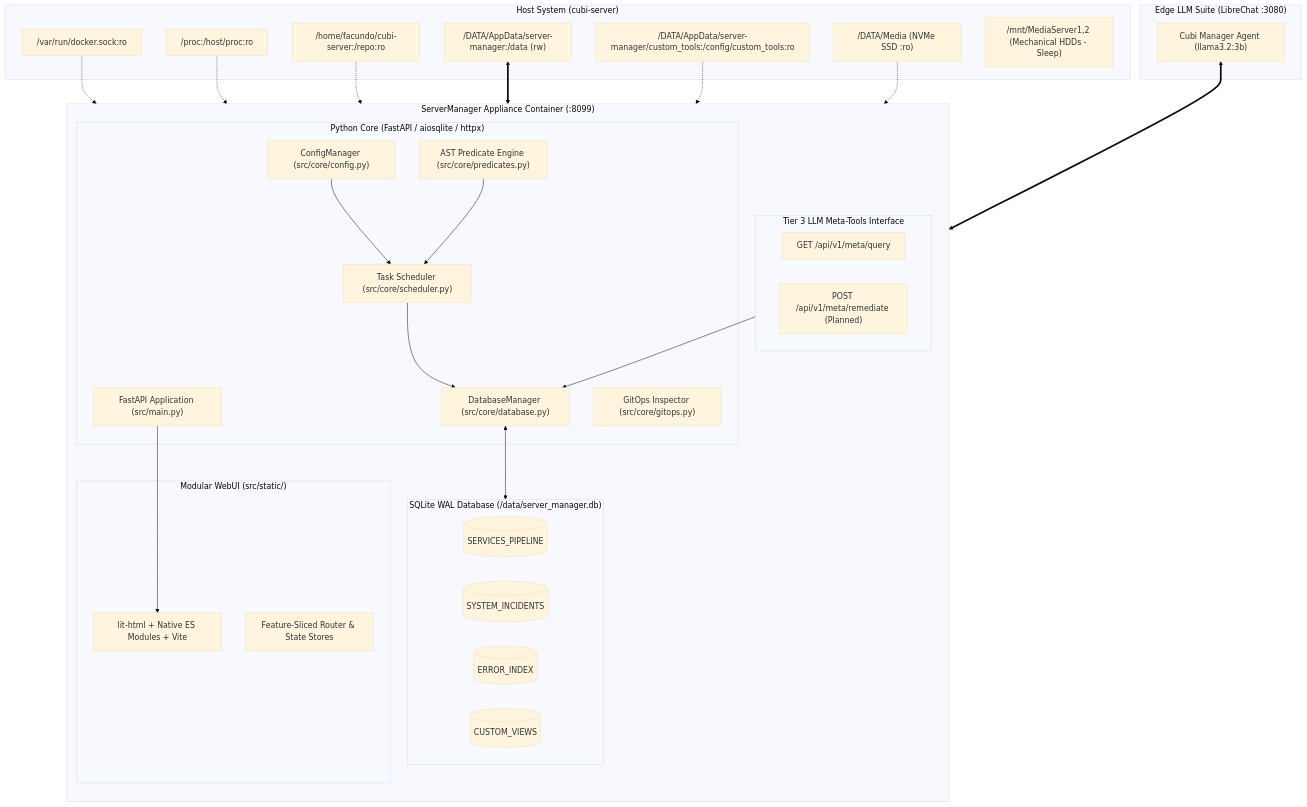
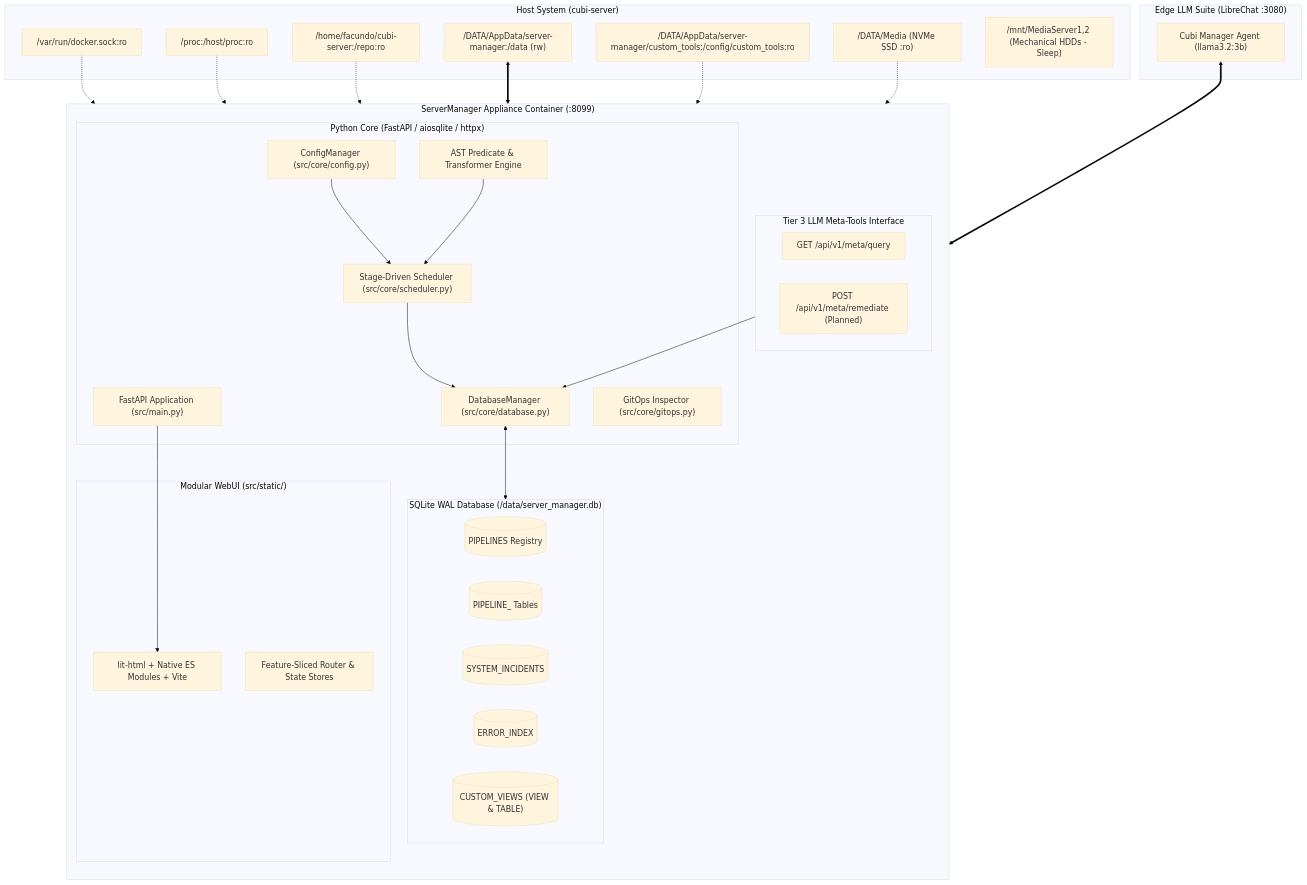
Before and after one commit to Lithry/server-manager: the first of 3 diagrams in docs/ARCHITECTURE.md, drawn with Mermaid (base theme). The commit also changed other lines of this file and 43 other files, not shown here.

Commit message:
feat(pipeline): implement multi-pipeline engine, stage-centric intervals, passive sinks & dual-mode custom tables

````diff
--- a/docs/ARCHITECTURE.md
+++ b/docs/ARCHITECTURE.md
@@ -34,62 +34,63 @@
 ```mermaid
 flowchart TD
     subgraph Host ["Host System (cubi-server)"]
         DOCKER_SOCK["/var/run/docker.sock:ro"]
         PROC_FS["/proc:/host/proc:ro"]
         REPO_DIR["/home/facundo/cubi-server:/repo:ro"]
         APP_DATA["/DATA/AppData/server-manager:/data (rw)"]
         TOOLS_DIR["/DATA/AppData/server-manager/custom_tools:/config/custom_tools:ro"]
         MEDIA_NVME["/DATA/Media (NVMe SSD :ro)"]
         MEDIA_SPIN["/mnt/MediaServer1,2 (Mechanical HDDs - Sleep)"]
     end
 
     subgraph Container ["ServerManager Appliance Container (:8099)"]
         direction TB
         subgraph Core ["Python Core (FastAPI / aiosqlite / httpx)"]
             APP_MAIN["FastAPI Application (src/main.py)"]
             CONFIG_MGR["ConfigManager (src/core/config.py)"]
             DB_MGR["DatabaseManager (src/core/database.py)"]
-            SCHEDULER["Task Scheduler (src/core/scheduler.py)"]
-            PREDICATES["AST Predicate Engine (src/core/predicates.py)"]
+            SCHEDULER["Stage-Driven Scheduler (src/core/scheduler.py)"]
+            PREDICATES["AST Predicate & Transformer Engine"]
             GITOPS["GitOps Inspector (src/core/gitops.py)"]
         end
 
         subgraph Storage ["SQLite WAL Database (/data/server_manager.db)"]
-            TBL_PIPE[("SERVICES_PIPELINE")]
+            TBL_REG[("PIPELINES Registry")]
+            TBL_PIPE[("PIPELINE_<SLUG> Tables")]
             TBL_INC[("SYSTEM_INCIDENTS")]
             TBL_ERR[("ERROR_INDEX")]
-            TBL_VIEWS[("CUSTOM_VIEWS")]
+            TBL_VIEWS[("CUSTOM_VIEWS (VIEW & TABLE)")]
         end
 
         subgraph WebUI ["Modular WebUI (src/static/)"]
             UI_APP["lit-html + Native ES Modules + Vite"]
             UI_ROUTER["Feature-Sliced Router & State Stores"]
         end
 
         subgraph MetaTools ["Tier 3 LLM Meta-Tools Interface"]
             API_META["GET /api/v1/meta/query"]
             API_REMEDY["POST /api/v1/meta/remediate (Planned)"]
         end
     end
 
     subgraph EdgeAI ["Edge LLM Suite (LibreChat :3080)"]
         CUBI_AGENT["Cubi Manager Agent (llama3.2:3b)"]
     end
 
     %% Mounts
     DOCKER_SOCK -.-> APP_MAIN
     PROC_FS -.-> APP_MAIN
     REPO_DIR -.-> GITOPS
     APP_DATA <==> DB_MGR
     TOOLS_DIR -.-> APP_MAIN
     MEDIA_NVME -.-> SCHEDULER
 
     %% Internal Wiring
     SCHEDULER --> DB_MGR
     CONFIG_MGR --> SCHEDULER
     PREDICATES --> SCHEDULER
     DB_MGR <--> Storage
     APP_MAIN --> UI_APP
     MetaTools --> DB_MGR
     CUBI_AGENT <==> MetaTools
 ```
````
